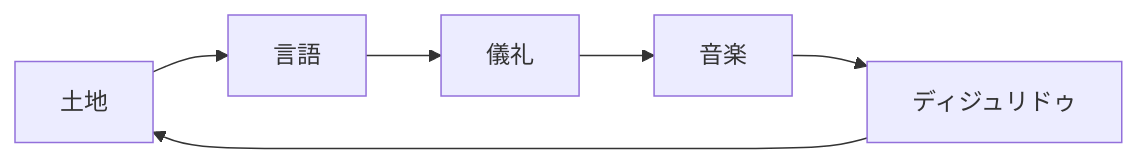
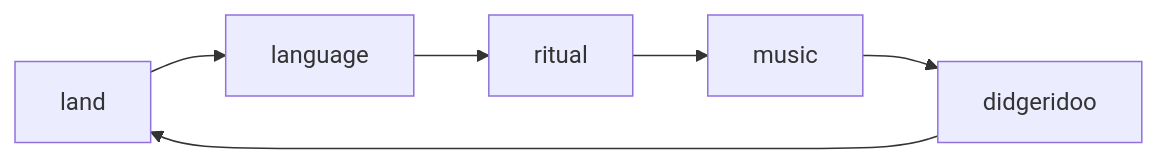
One commit to monumental-movement/monumental-movement.github.io changed the second of 2 diagrams in en/_posts/2026-01-16-column-didgeridoo-sound.md. Above: the diagram before and after it, drawn with Mermaid. The commit also changed other lines of this file and 801 other files, not shown here.

```diff
--- a/en/_posts/2026-01-16-column-didgeridoo-sound.md
+++ b/en/_posts/2026-01-16-column-didgeridoo-sound.md
@@ -155,8 +155,8 @@
 <div class="mermaid">
 flowchart LR
-    Land[土地] --> Language[言語]
-    Language --> Ritual[儀礼]
-    Ritual --> Music[音楽]
-    Music --> Instrument[ディジュリドゥ]
+    Land[land] --> Language[language]
+    Language --> Ritual[ritual]
+    Ritual --> Music[music]
+    Music --> Instrument[didgeridoo]
     Instrument --> Land
 </div>
```
